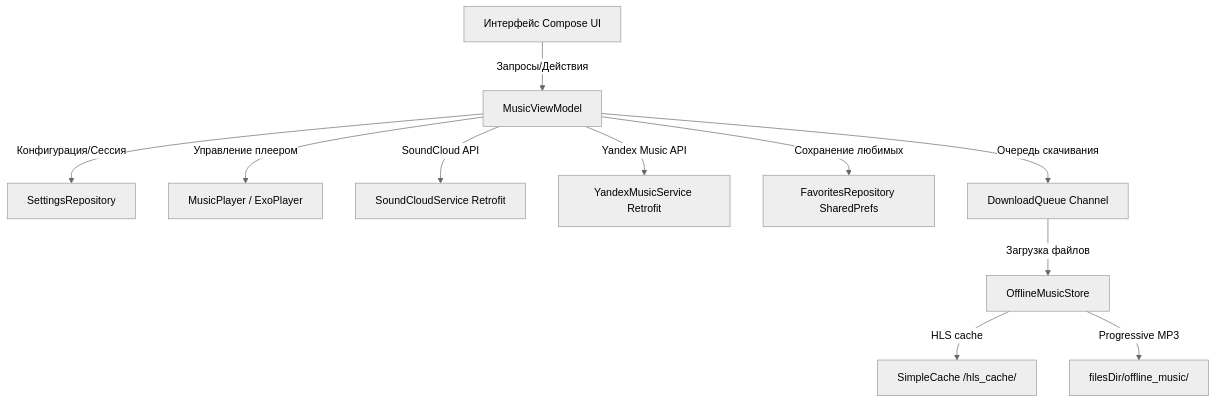
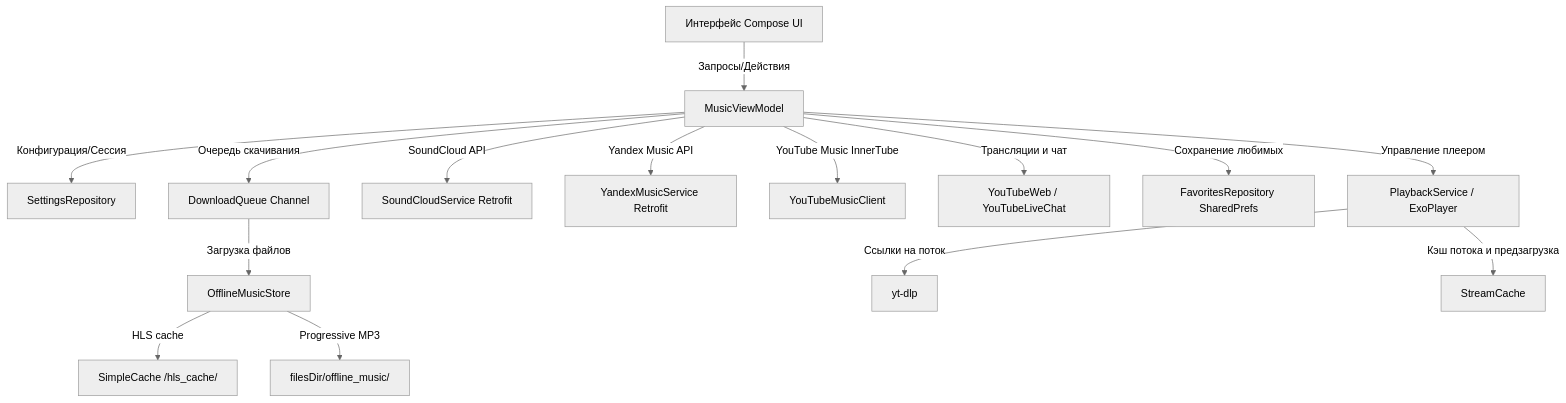
One commit to GXUser7/YouCloud changed the diagram in README.md. Above: the diagram before and after it, drawn with Mermaid (neutral theme). The commit also changed other lines of this file and 16 other files, not shown here.

````diff
--- a/README.md
+++ b/README.md
@@ -69,15 +131,19 @@
 ```mermaid
 graph TD
     UI[Интерфейс Compose UI] -->|Запросы/Действия| VM[MusicViewModel]
     VM -->|Конфигурация/Сессия| Settings[SettingsRepository]
-    VM -->|Управление плеером| Player[MusicPlayer / ExoPlayer]
+    VM -->|Управление плеером| Player[PlaybackService / ExoPlayer]
     VM -->|SoundCloud API| SC_Service[SoundCloudService Retrofit]
     VM -->|Yandex Music API| YM_Service[YandexMusicService Retrofit]
+    VM -->|YouTube Music InnerTube| YTM[YouTubeMusicClient]
+    VM -->|Трансляции и чат| YTW[YouTubeWeb / YouTubeLiveChat]
     VM -->|Сохранение любимых| Favs[FavoritesRepository SharedPrefs]
-    
+
     VM -->|Очередь скачивания| Queue[DownloadQueue Channel]
     Queue -->|Загрузка файлов| Store[OfflineMusicStore]
-    
+
+    Player -->|Ссылки на поток| YtDlp[yt-dlp]
+    Player -->|Кэш потока и предзагрузка| Cache[StreamCache]
     Store -->|HLS cache| SimpleCache[SimpleCache /hls_cache/]
     Store -->|Progressive MP3| filesDir[filesDir/offline_music/]
 ```
````
